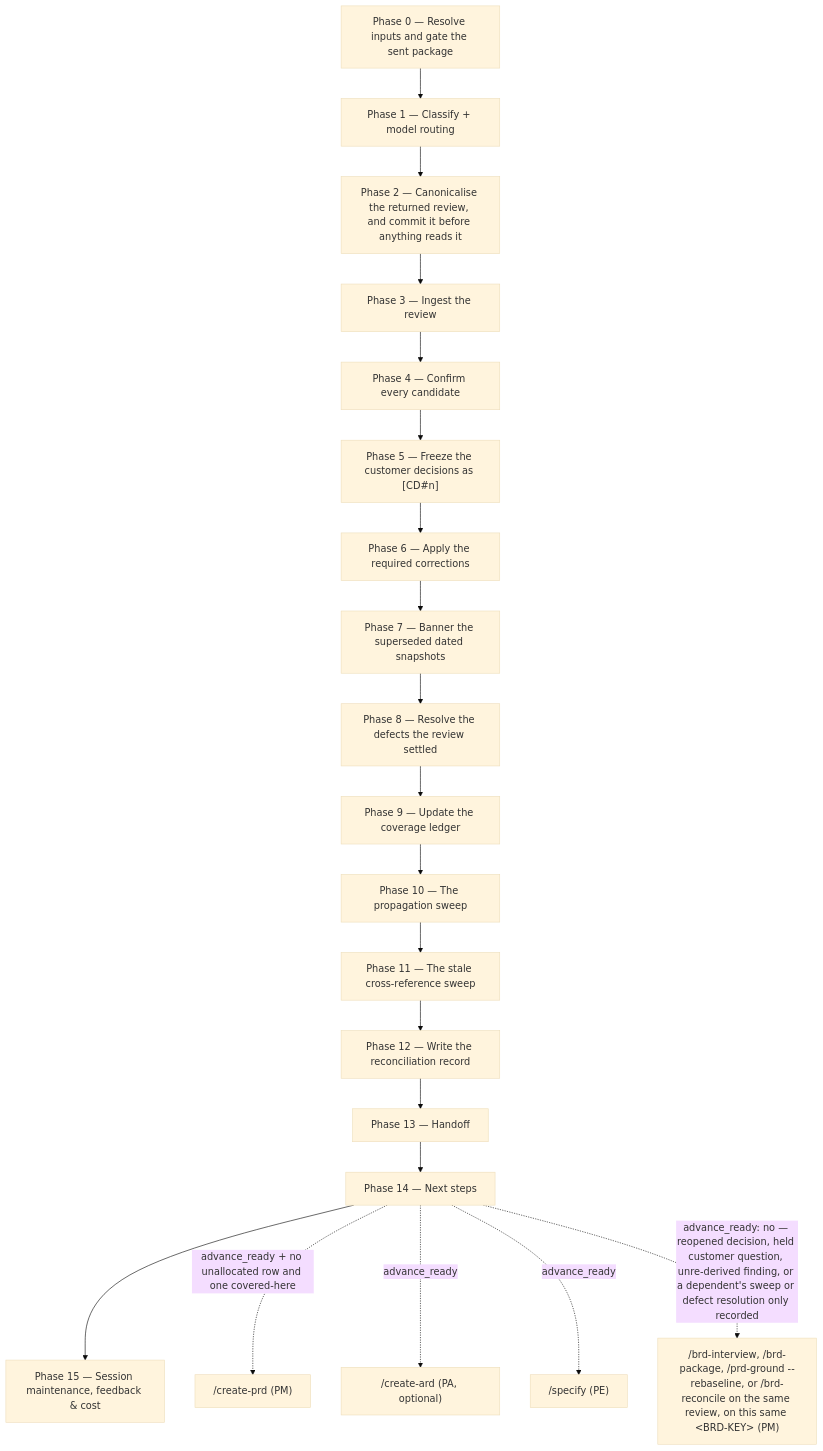
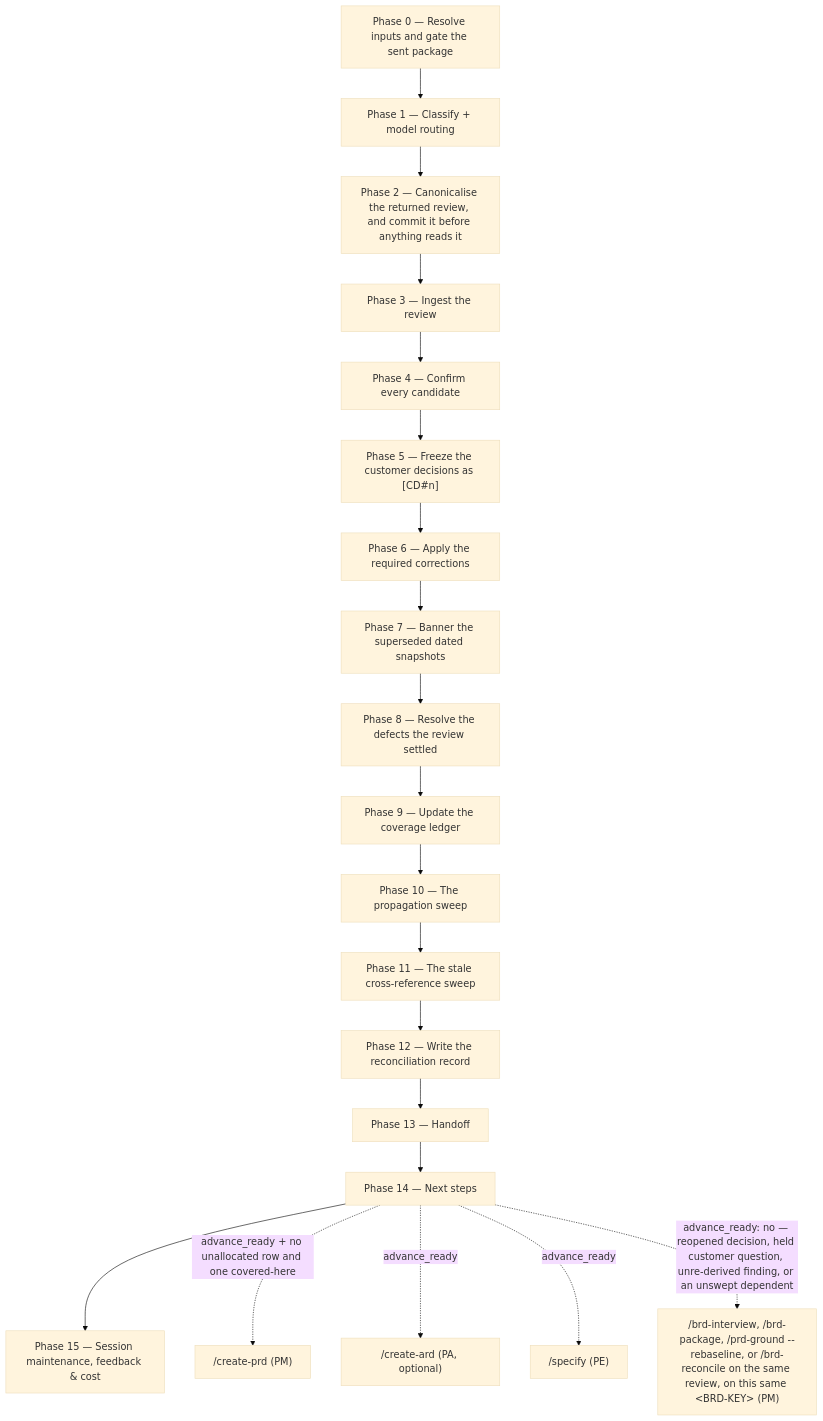
One commit to ihudak/ai-workflows changed the diagram in plugins/product-workflows/docs/commands/brd-reconcile.md. Above: the diagram before and after it, drawn with Mermaid (base theme). The commit also changed other lines of this file and 7 other files, not shown here.

First line of the commit message:
fix(brd-reconcile): the parent's defect log waits instead of recording

````diff
--- a/plugins/product-workflows/docs/commands/brd-reconcile.md
+++ b/plugins/product-workflows/docs/commands/brd-reconcile.md
@@ -102,22 +101,22 @@
 ```mermaid
 flowchart TD
     p0["Phase 0 — Resolve inputs and gate the sent package"] --> p1["Phase 1 — Classify + model routing"]
     p1 --> p2["Phase 2 — Canonicalise the returned review, and commit it before anything reads it"]
     p2 --> p3["Phase 3 — Ingest the review"]
     p3 --> p4["Phase 4 — Confirm every candidate"]
     p4 --> p5["Phase 5 — Freeze the customer decisions as [CD#n]"]
     p5 --> p6["Phase 6 — Apply the required corrections"]
     p6 --> p7["Phase 7 — Banner the superseded dated snapshots"]
     p7 --> p8["Phase 8 — Resolve the defects the review settled"]
     p8 --> p9["Phase 9 — Update the coverage ledger"]
     p9 --> p10["Phase 10 — The propagation sweep"]
     p10 --> p11["Phase 11 — The stale cross-reference sweep"]
     p11 --> p12["Phase 12 — Write the reconciliation record"]
     p12 --> p13["Phase 13 — Handoff"]
     p13 --> p14["Phase 14 — Next steps"]
     p14 --> p15["Phase 15 — Session maintenance, feedback & cost"]
     p14 -.->|"advance_ready + no unallocated row and one covered-here"| prd["/create-prd (PM)"]
     p14 -.->|"advance_ready"| ard["/create-ard (PA, optional)"]
     p14 -.->|"advance_ready"| spec["/specify (PE)"]
-    p14 -.->|"advance_ready: no — reopened decision, held customer question, unre-derived finding, or a dependent's sweep or defect resolution only recorded"| reentry["/brd-interview, /brd-package, /prd-ground --rebaseline, or /brd-reconcile on the same review, on this same &lt;BRD-KEY&gt; (PM)"]
+    p14 -.->|"advance_ready: no — reopened decision, held customer question, unre-derived finding, or an unswept dependent"| reentry["/brd-interview, /brd-package, /prd-ground --rebaseline, or /brd-reconcile on the same review, on this same &lt;BRD-KEY&gt; (PM)"]
 ```
````
